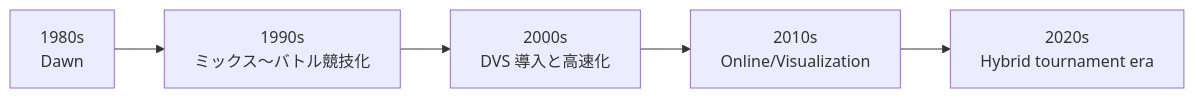
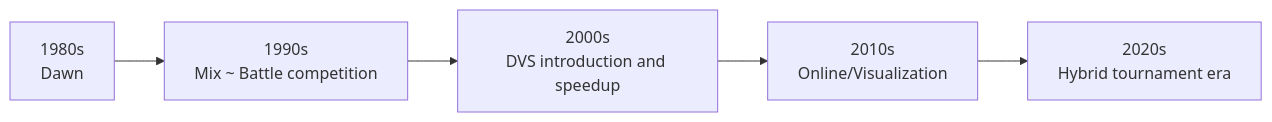
The third of 9 diagrams in en/_posts/2025-11-23-column-dmc-world-dj-championship.md (monumental-movement/monumental-movement.github.io), drawn with Mermaid before and after one commit. The commit also changed other lines of this file and 851 other files, not shown here.

```diff
--- a/en/_posts/2025-11-23-column-dmc-world-dj-championship.md
+++ b/en/_posts/2025-11-23-column-dmc-world-dj-championship.md
@@ -289,7 +289,7 @@
 <div class="mermaid">
 flowchart LR
-    A[1980s<br>Dawn] --> B[1990s<br>ミックス〜バトル競技化]
-    B --> C[2000s<br>DVS 導入と高速化]
+    A[1980s<br>Dawn] --> B[1990s<br>Mix ~ Battle competition]
+    B --> C[2000s<br>DVS introduction and speedup]
     C --> D[2010s<br>Online/Visualization]
     D --> E[2020s<br>Hybrid tournament era]
 </div>
```
